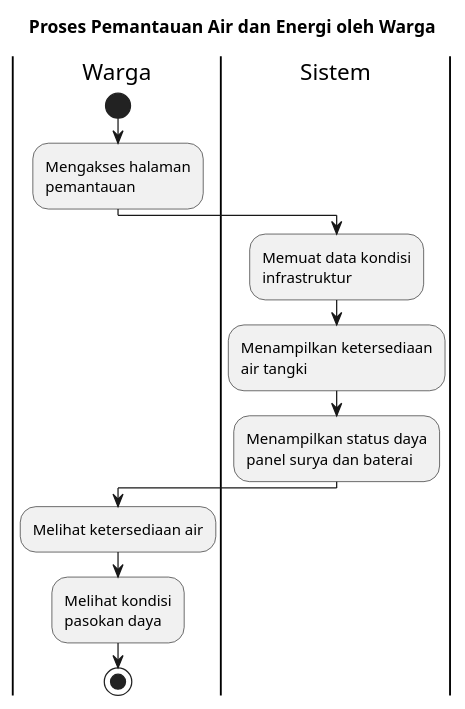
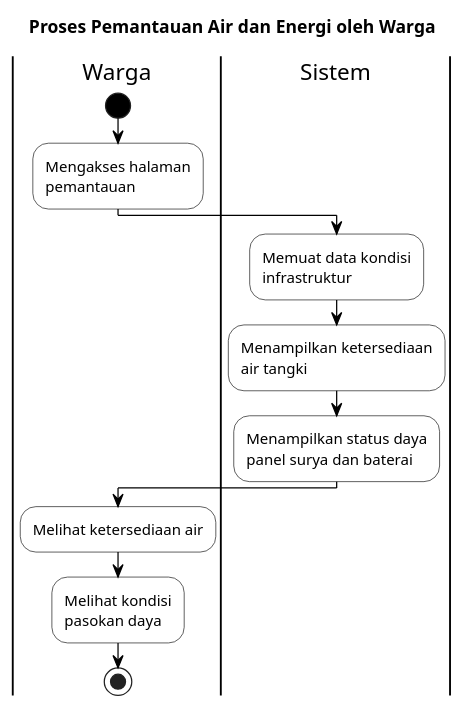
The diagram in docs/M1/assets/diagram/source/proses-pemantauan-warga.puml (wequra/IF2150-RPL-K03-G10), drawn with PlantUML before and after one commit. The commit also changed 7 other files, not shown here.

Commit message:
docs: update swimlane diagrams to monochrome style

```diff
--- a/docs/M1/assets/diagram/source/proses-pemantauan-warga.puml
+++ b/docs/M1/assets/diagram/source/proses-pemantauan-warga.puml
@@ -1,28 +1,46 @@
 @startuml
+
+skinparam backgroundColor White
+skinparam shadowing false
+skinparam defaultFontColor Black
+skinparam ArrowColor Black
+
+skinparam activity {
+    BackgroundColor White
+    BorderColor Black
+    FontColor Black
+    DiamondBackgroundColor White
+    DiamondBorderColor Black
+    DiamondFontColor Black
+    StartColor Black
+    EndColor Black
+    BarColor Black
+}
 
 title Proses Pemantauan Air dan Energi oleh Warga
 
-|Warga|
+|#White|Warga|
 start
+
 :Mengakses halaman
 pemantauan;
 
-|Sistem|
+|#White|Sistem|
 :Memuat data kondisi
 infrastruktur;
 
 :Menampilkan ketersediaan
 air tangki;
 
 :Menampilkan status daya
 panel surya dan baterai;
 
-|Warga|
+|#White|Warga|
 :Melihat ketersediaan air;
 
 :Melihat kondisi
 pasokan daya;
 
 stop
 
 @enduml
```
